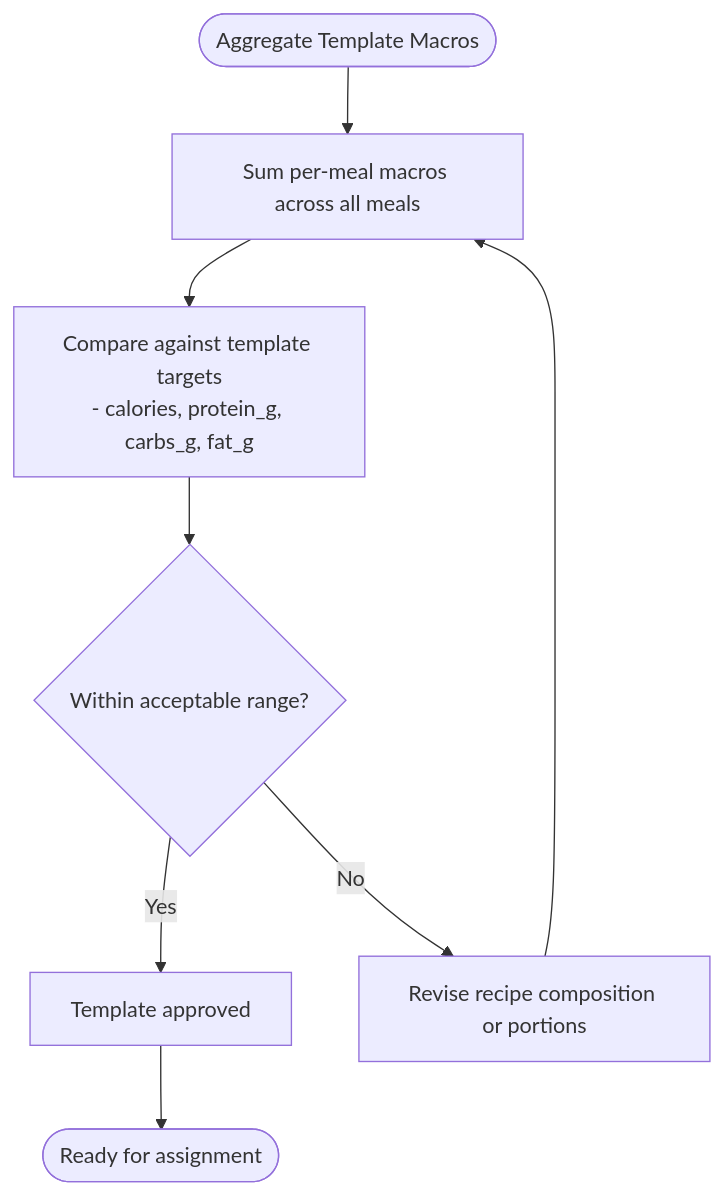
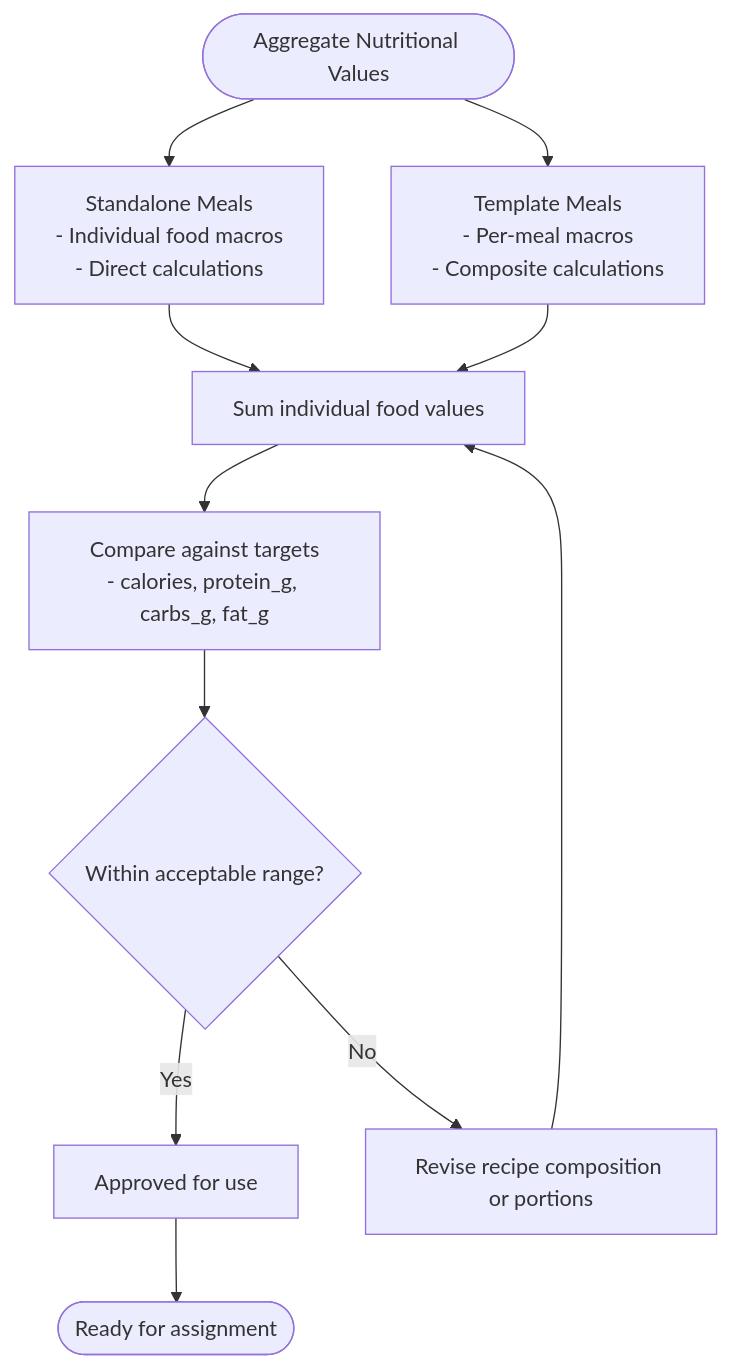
Before and after one commit to macintoshUserchg/nest_js_gym_backend_current: the eighth of 9 diagrams in .qoder/repowiki/en/content/Core Modules & Features/Nutrition Programs/Meal Library Management.md, drawn with Mermaid. The commit also changed other lines of this file and 6 other files, not shown here.

````diff
--- a/.qoder/repowiki/en/content/Core Modules & Features/Nutrition Programs/Meal Library Management.md
+++ b/.qoder/repowiki/en/content/Core Modules & Features/Nutrition Programs/Meal Library Management.md
@@ -325,10 +456,13 @@
 ```mermaid
 flowchart TD
-StartCalc(["Aggregate Template Macros"]) --> SumMeals["Sum per-meal macros across all meals"]
-SumMeals --> Compare["Compare against template targets<br/>- calories, protein_g, carbs_g, fat_g"]
+StartCalc(["Aggregate Nutritional Values"]) --> Standalone["Standalone Meals<br/>- Individual food macros<br/>- Direct calculations"]
+StartCalc --> Template["Template Meals<br/>- Per-meal macros<br/>- Composite calculations"]
+Standalone --> SumMeals["Sum individual food values"]
+Template --> SumMeals
+SumMeals --> Compare["Compare against targets<br/>- calories, protein_g, carbs_g, fat_g"]
 Compare --> Adjust{"Within acceptable range?"}
-Adjust --> |Yes| Approve["Template approved"]
+Adjust --> |Yes| Approve["Approved for use"]
 Adjust --> |No| Revise["Revise recipe composition or portions"]
 Revise --> SumMeals
 Approve --> EndCalc(["Ready for assignment"])
 ```
````
